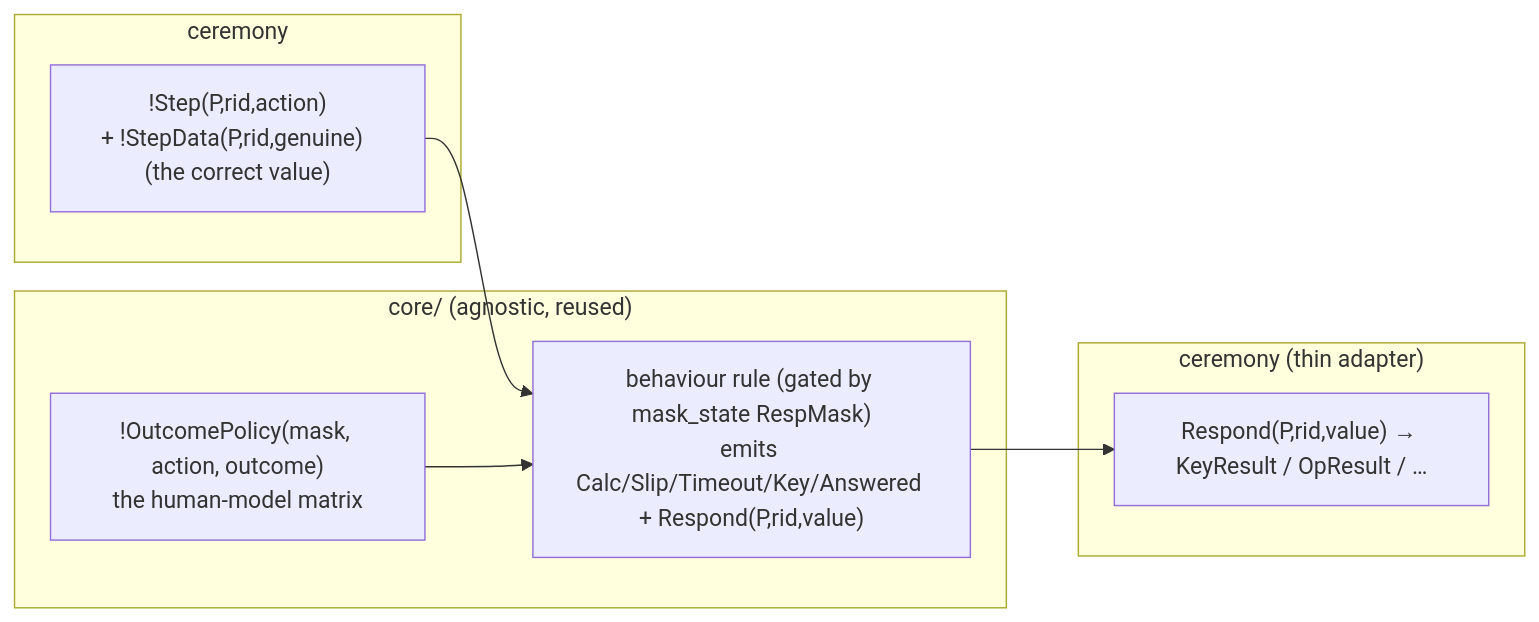
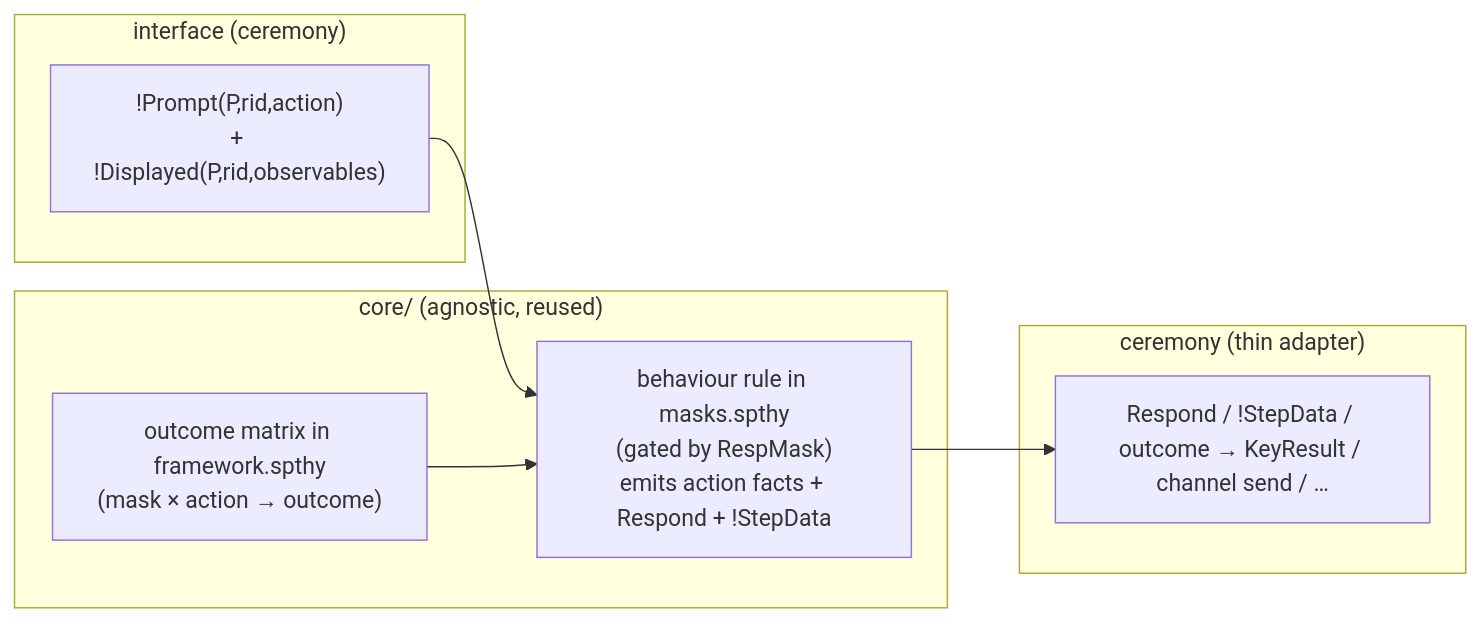
The diagram in tamarin_model/docs/AGNOSTIC_MASKS.md (LarissaGRosa/mcp-usable-security-formal-analysis), drawn with Mermaid before and after one commit. The commit also changed other lines of this file and 135 other files, not shown here.

First line of the commit message:
tamarin_model: flat-layer core, mistake-only secure_email, pushed-mask perf, cue+recovery stressors

````diff
--- a/tamarin_model/docs/AGNOSTIC_MASKS.md
+++ b/tamarin_model/docs/AGNOSTIC_MASKS.md
@@ -41,16 +45,16 @@
 ```mermaid
 flowchart LR
-  subgraph CER["ceremony"]
-    ST["!Step(P,rid,action)<br/>+ !StepData(P,rid,genuine)  (the correct value)"]
+  subgraph IF["interface (ceremony)"]
+    ST["!Prompt(P,rid,action)<br/>+ !Displayed(P,rid,observables)"]
   end
   subgraph CORE["core/ (agnostic, reused)"]
-    POL["!OutcomePolicy(mask, action, outcome)<br/>the human-model matrix"]
-    BEH["behaviour rule (gated by mask_state RespMask)<br/>emits Calc/Slip/Timeout/Key/Answered + Respond(P,rid,value)"]
+    POL["outcome matrix in framework.spthy<br/>(mask × action → outcome)"]
+    BEH["behaviour rule in masks.spthy<br/>(gated by RespMask)<br/>emits action facts + Respond + !StepData"]
   end
   subgraph ADP["ceremony (thin adapter)"]
-    EF["Respond(P,rid,value) → KeyResult / OpResult / …"]
+    EF["Respond / !StepData / outcome → KeyResult / channel send / …"]
   end
   ST --> BEH
   POL --> BEH
   BEH --> EF
 ```
````
